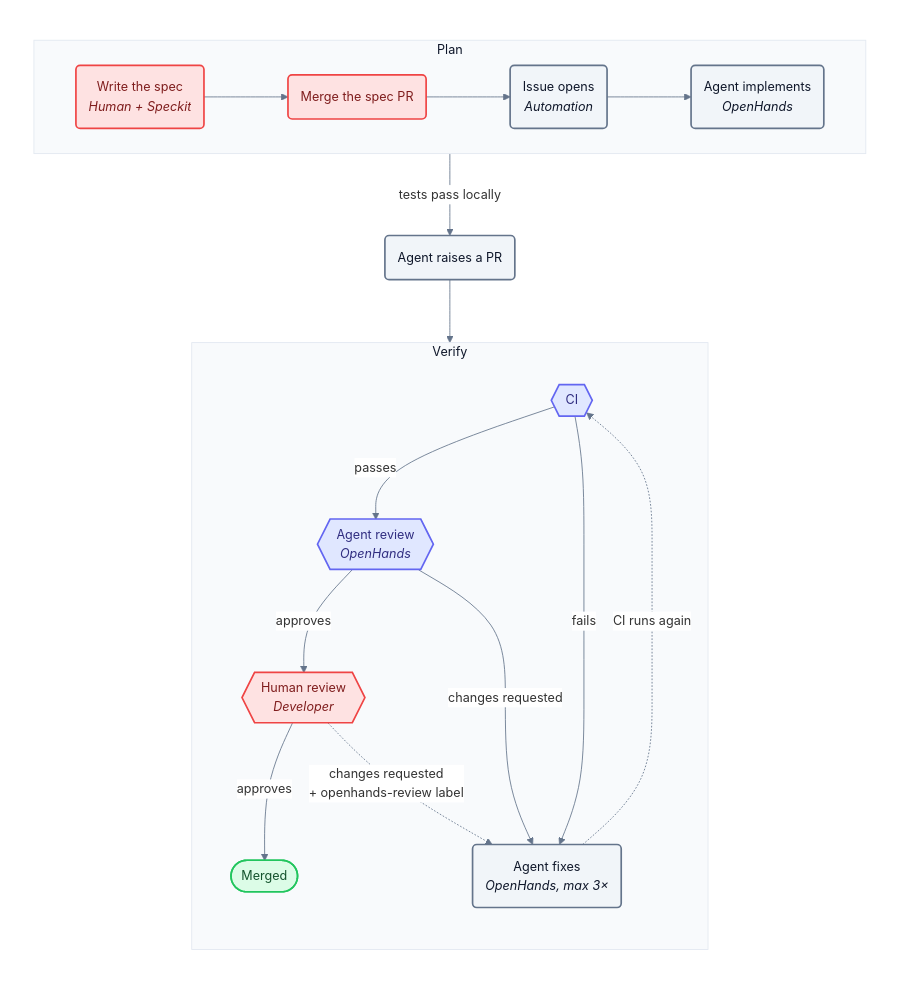
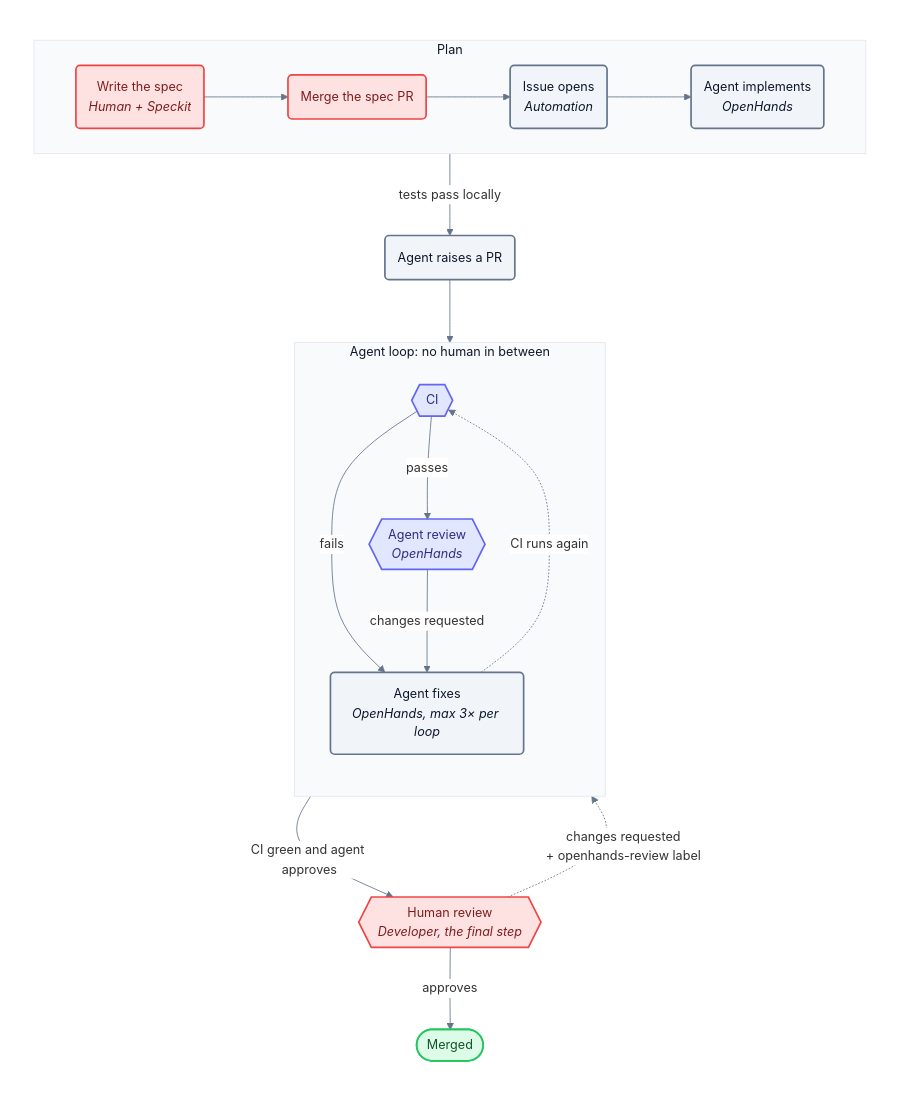
Before and after one commit to AlexTo/agentic-sdlc: the diagram in docs/diagrams/agentic-loop.mmd, drawn with Mermaid. The commit also changed 2 other files, not shown here.

Commit message:
docs: put human review after the agent loop in the README diagram
Group CI, agent review and agent fixes into one "Agent loop" box and
draw human review below it as the final step, so it no longer reads as
part of the fix-up loop.

```diff
--- a/docs/diagrams/agentic-loop.mmd
+++ b/docs/diagrams/agentic-loop.mmd
@@ -1,43 +1,43 @@
 %%{init: {"theme": "base", "flowchart": {"curve": "basis", "nodeSpacing": 40, "rankSpacing": 50}, "themeVariables": {"fontFamily": "Inter, system-ui, sans-serif", "fontSize": "15px", "lineColor": "#64748b", "background": "#ffffff", "textColor": "#0f172a", "titleColor": "#0f172a", "edgeLabelBackground": "#ffffff", "clusterBkg": "#f8fafc", "clusterBorder": "#e2e8f0"}}}%%
 flowchart TB
     subgraph ALL[" "]
     direction TB
     subgraph PLAN["Plan"]
         direction LR
         S("`Write the spec
 _Human + Speckit_`") --> M1("Merge the spec PR")
         M1 --> I("`Issue opens
 _Automation_`")
         I --> IMPL("`Agent implements
 _OpenHands_`")
     end
 
-    subgraph VERIFY["Verify"]
+    subgraph VERIFY["Agent loop: no human in between"]
         direction TB
         CI{{"CI"}} -- "passes" --> AR{{"`Agent review
 _OpenHands_`"}}
-        AR -- "approves" --> HR{{"`Human review
-_Developer_`"}}
-        HR -- "approves" --> Done(["Merged"])
         CI -- "fails" --> FIX("`Agent fixes
-_OpenHands, max 3×_`")
+_OpenHands, max 3× per loop_`")
         AR -- "changes requested" --> FIX
-        HR -. "changes requested<br/>+ openhands-review label" .-> FIX
         FIX -. "CI runs again" .-> CI
     end
 
     PLAN -- "tests pass locally" --> PR("Agent raises a PR")
     PR --> VERIFY
+    VERIFY -- "CI green and agent approves" --> HR{{"`Human review
+_Developer, the final step_`"}}
+    HR -- "approves" --> Done(["Merged"])
+    HR -. "changes requested<br/>+ openhands-review label" .-> VERIFY
 
     end
     style ALL fill:#ffffff,stroke:#ffffff,color:#ffffff
 
     classDef human fill:#fee2e2,stroke:#ef4444,stroke-width:2px,color:#7f1d1d
     classDef agent fill:#f1f5f9,stroke:#64748b,stroke-width:2px,color:#0f172a
     classDef gate fill:#e0e7ff,stroke:#6366f1,stroke-width:2px,color:#312e81
     classDef done fill:#dcfce7,stroke:#22c55e,stroke-width:2px,color:#14532d
     class S,M1 human
     class I,IMPL,PR,FIX agent
     class CI,AR gate
     class HR human
     class Done done
```
